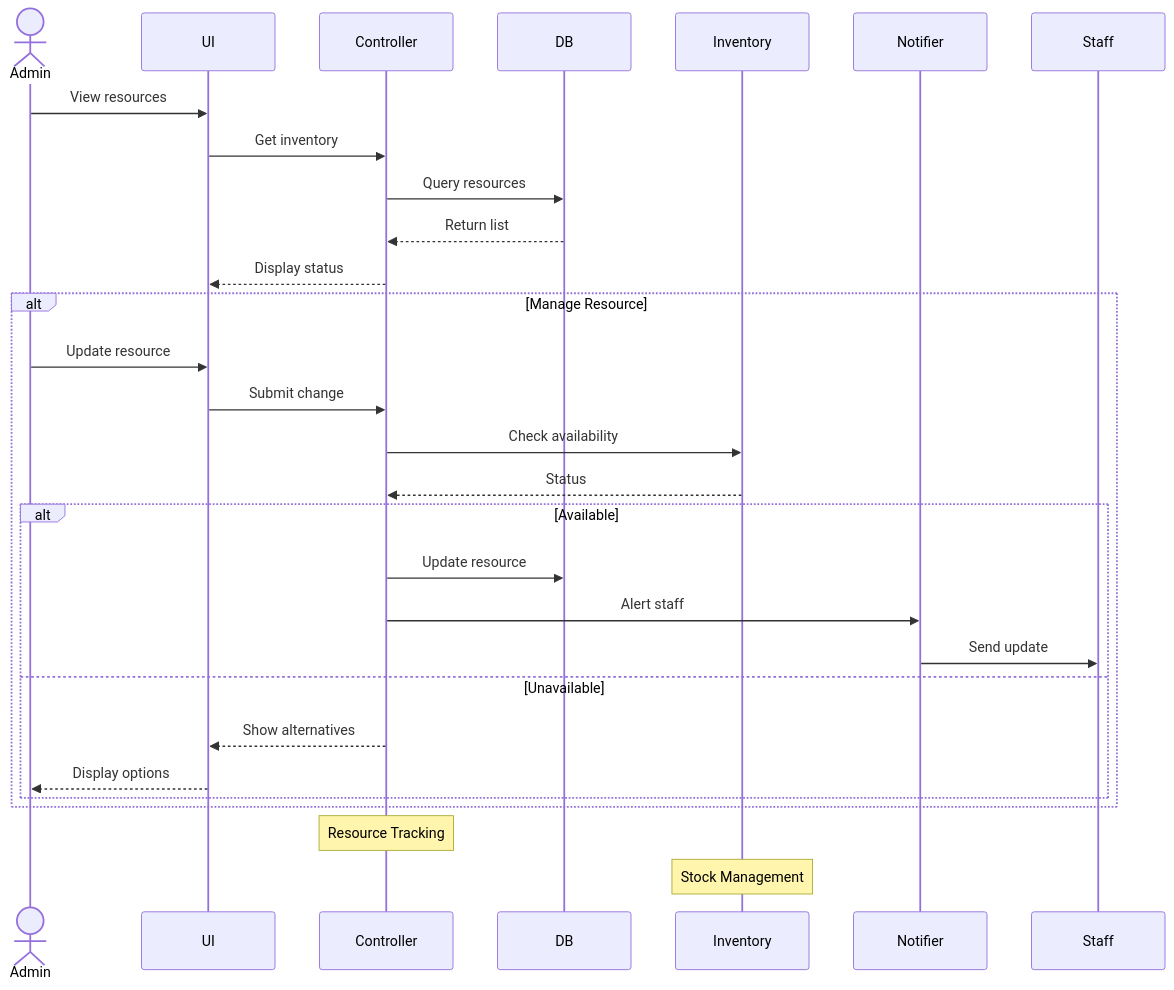
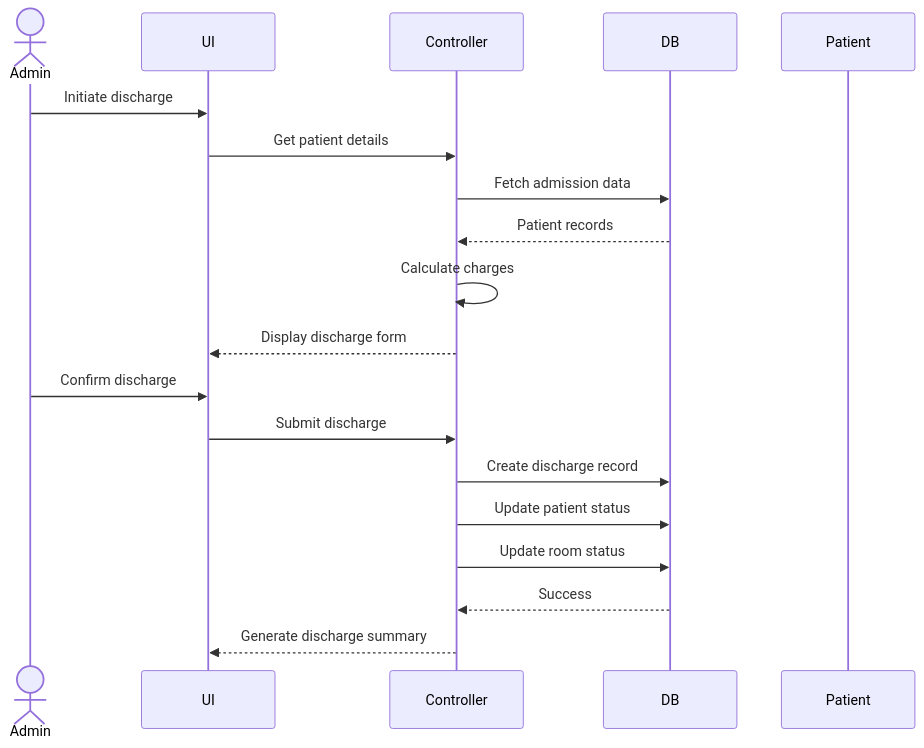
Before and after one commit to SazPy/Hospital-Management: the fifth of 5 diagrams in docs/use-cases.md, drawn with Mermaid. The commit also changed other lines of this file and 1 other file, not shown here.

````diff
--- a/docs/use-cases.md
+++ b/docs/use-cases.md
@@ -814,34 +214,25 @@
 ```mermaid
 sequenceDiagram
     actor Admin
     participant UI
     participant Controller
     participant DB
-    participant Inventory
-    participant Notifier
+    participant Patient
 
-    Admin->>UI: View resources
-    UI->>Controller: Get inventory
-    Controller->>DB: Query resources
-    DB-->>Controller: Return list
-    Controller-->>UI: Display status
+    Admin->>UI: Initiate discharge
+    UI->>Controller: Get patient details
+    Controller->>DB: Fetch admission data
+    DB-->>Controller: Patient records
     
-    alt Manage Resource
-        Admin->>UI: Update resource
-        UI->>Controller: Submit change
-        Controller->>Inventory: Check availability
-        Inventory-->>Controller: Status
-        
-        alt Available
-            Controller->>DB: Update resource
-            Controller->>Notifier: Alert staff
-            Notifier->>Staff: Send update
-        else Unavailable
-            Controller-->>UI: Show alternatives
-            UI-->>Admin: Display options
-        end
-    end
-
-    note over Controller: Resource Tracking
-    note over Inventory: Stock Management
+    Controller->>Controller: Calculate charges
+    Controller-->>UI: Display discharge form
+    Admin->>UI: Confirm discharge
+    
+    UI->>Controller: Submit discharge
+    Controller->>DB: Create discharge record
+    Controller->>DB: Update patient status
+    Controller->>DB: Update room status
+    
+    DB-->>Controller: Success
+    Controller-->>UI: Generate discharge summary
 ```
````
